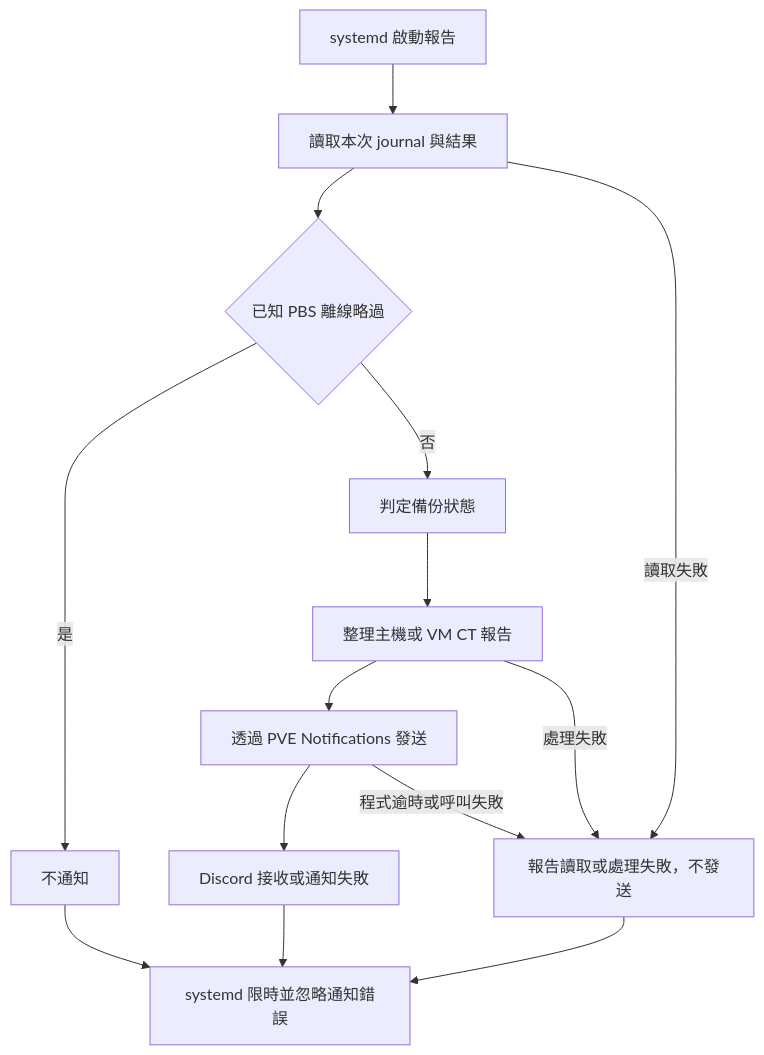
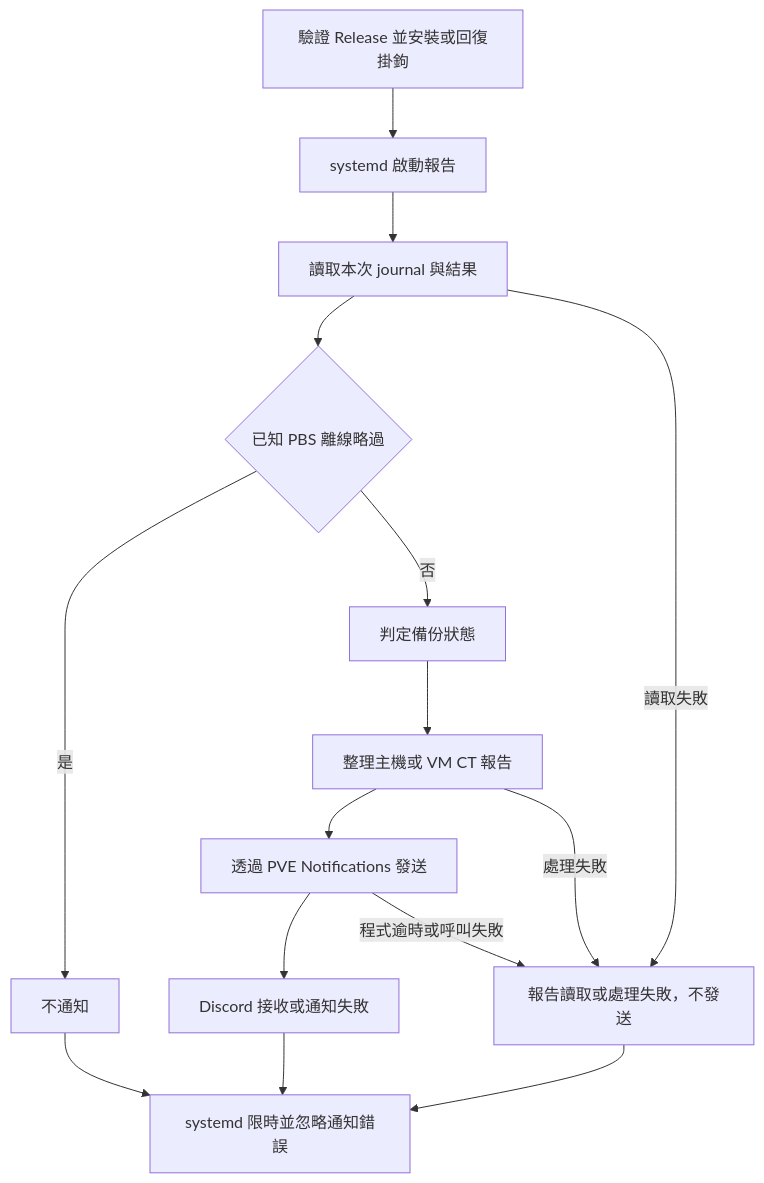
One commit to KarlSideProjects/pve-discord-backup-reports changed the diagram in docs/flows/backup.report.mmd. Above: the diagram before and after it, drawn with Mermaid. The commit also changed 10 other files, not shown here.

```diff
--- a/docs/flows/backup.report.mmd
+++ b/docs/flows/backup.report.mmd
@@ -1,24 +1,26 @@
 flowchart TD
+K["驗證 Release 並安裝或回復掛鉤"]
 A["systemd 啟動報告"]
 B["讀取本次 journal 與結果"]
 C{"已知 PBS 離線略過"}
 D["不通知"]
 E["判定備份狀態"]
 F["整理主機或 VM CT 報告"]
 G["透過 PVE Notifications 發送"]
 H["Discord 接收或通知失敗"]
 I["systemd 限時並忽略通知錯誤"]
 J["報告讀取或處理失敗，不發送"]
+K --> A
 A --> B
 B --> C
 C -->|是| D
 C -->|否| E
 E --> F
 F --> G
 G --> H
 H --> I
 D --> I
 B -->|讀取失敗| J
 F -->|處理失敗| J
 G -->|程式逾時或呼叫失敗| J
 J --> I
```
